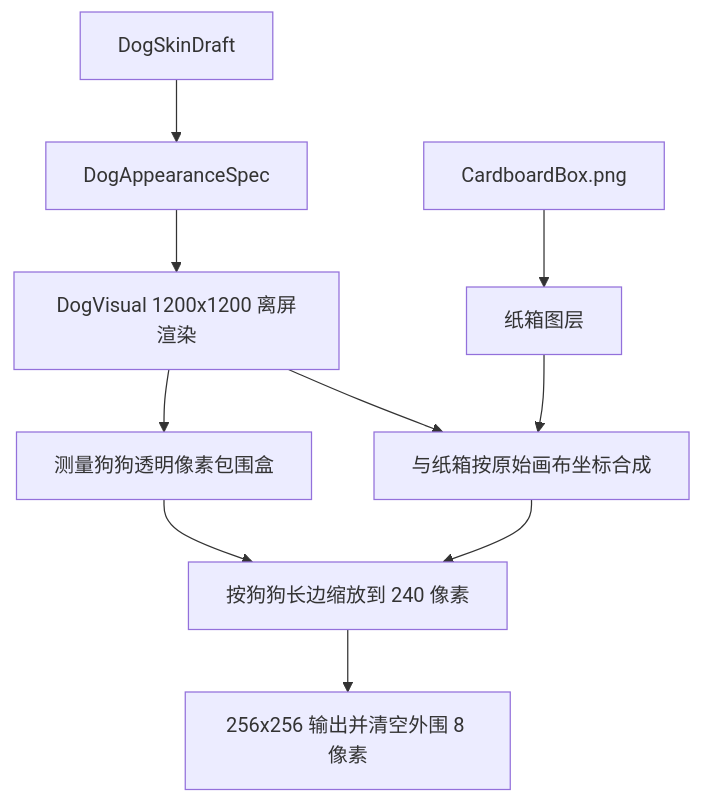
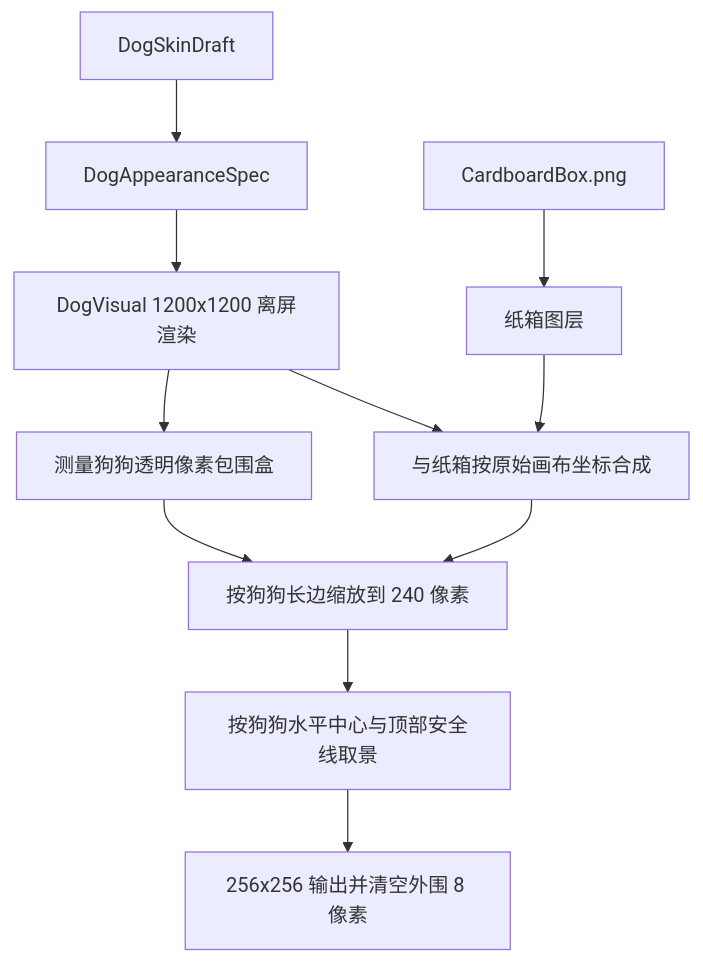
Before and after one commit to SeananTQ/lucky-dog-pub-2026: the third of 3 diagrams in docs/guide/dogskin-editor-guide.md, drawn with Mermaid. The commit also changed other lines of this file and 7 other files, not shown here.

Commit message:
feat:优化狗狗编辑器预览图标

````diff
--- a/docs/guide/dogskin-editor-guide.md
+++ b/docs/guide/dogskin-editor-guide.md
@@ -273,12 +279,13 @@
 ```mermaid
 flowchart TD
     A[DogSkinDraft] --> B[DogAppearanceSpec]
     B --> C[DogVisual 1200x1200 离屏渲染]
     D[CardboardBox.png] --> E[纸箱图层]
     C --> F[测量狗狗透明像素包围盒]
     C --> G[与纸箱按原始画布坐标合成]
     E --> G
     F --> H[按狗狗长边缩放到 240 像素]
     G --> H
-    H --> I[256x256 输出并清空外围 8 像素]
+    H --> I[按狗狗水平中心与顶部安全线取景]
+    I --> J[256x256 输出并清空外围 8 像素]
 ```
````
